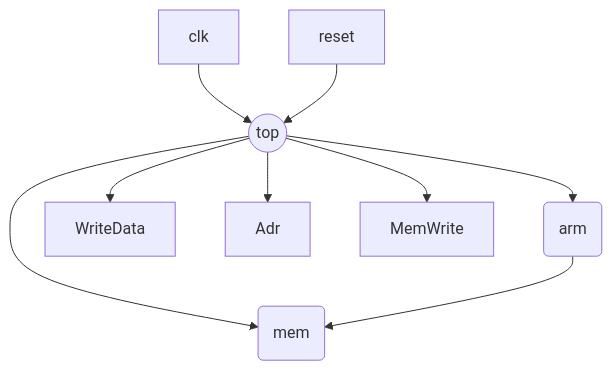
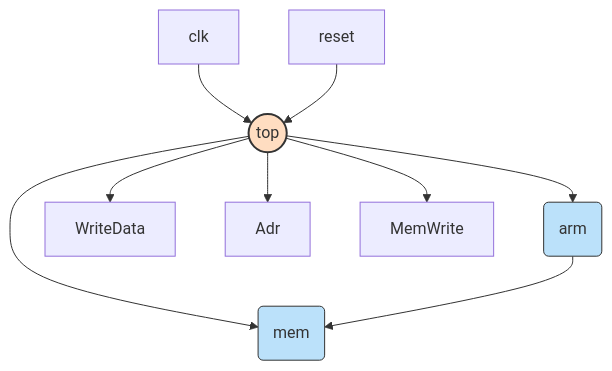
One commit to granitespinoza/arqui changed the diagram in docs/module_diagrams/top.md. Above: the diagram before and after it, drawn with Mermaid. The commit also changed 18 other files, not shown here.

Commit message:
Improve module diagrams with colors

````diff
--- a/docs/module_diagrams/top.md
+++ b/docs/module_diagrams/top.md
@@ -3,11 +3,15 @@
 ```mermaid
 flowchart TD
+    classDef main fill:#FFDDC1,stroke:#333,stroke-width:2px
+    classDef sub fill:#BBE1FA,stroke:#333
     clk --> top_module((top))
     reset --> top_module
     top_module --> arm_sub(arm)
     top_module --> mem_sub(mem)
     arm_sub --> mem_sub
     top_module --> WriteData
     top_module --> Adr
     top_module --> MemWrite
+    class top_module main
+    class arm_sub,mem_sub sub
 ```
````
